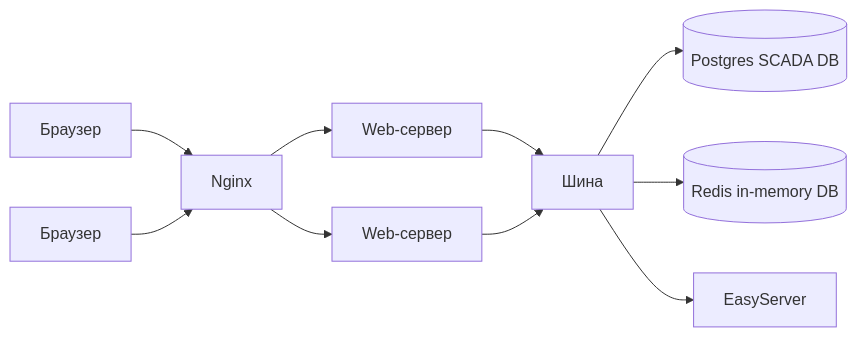
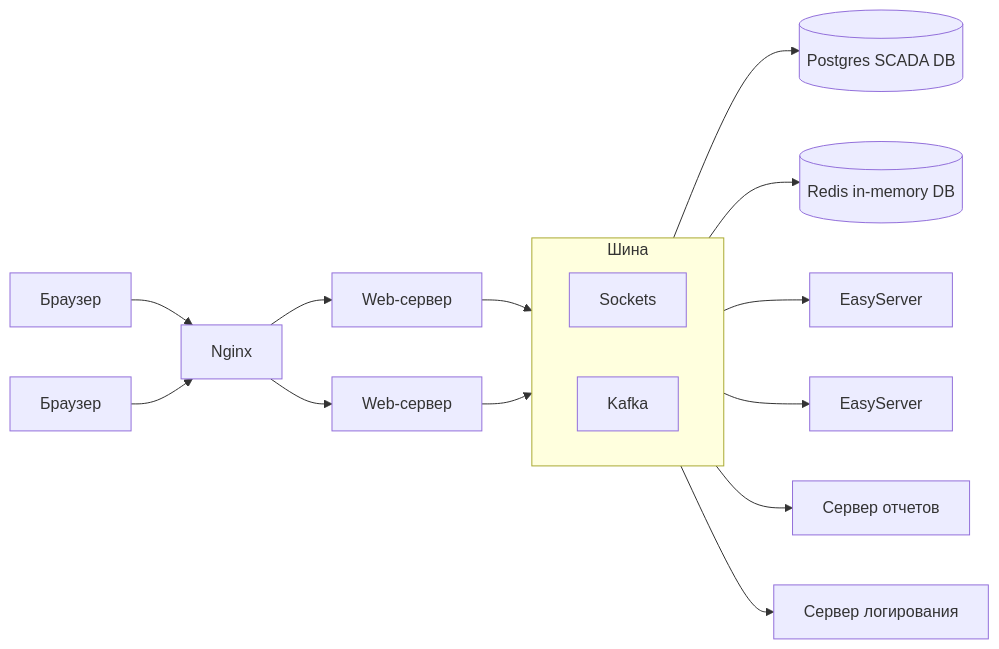
The diagram in README.md (savushkin-r-d/SHnAPCS), drawn with Mermaid before and after one commit.

````diff
--- a/README.md
+++ b/README.md
@@ -12,15 +12,23 @@
 ```mermaid
 flowchart LR
   B1[Браузер] --> N[Nginx]
   B2[Браузер] --> N
   N --> A1[Web-сервер]
   N --> A2[Web-сервер]
-  A1 --> C[Шина]
-  A2 --> C  
-  C --> P[(Postgres SCADA DB)]
-  C --> R[(Redis in-memory DB)]
-  C --> E[EasyServer]
-  
+  A1 --> Шина
+  A2 --> Шина
+  Шина --> P[(Postgres SCADA DB)]
+  Шина --> R[(Redis in-memory DB)]
+  Шина --> E1[EasyServer]
+  Шина --> E2[EasyServer]
+  Шина --> O[Сервер отчетов]
+  Шина --> L[Сервер логирования]
+
+subgraph Шина
+  direction LR
+  S[Sockets]
+  K[Kafka]
+end
 
 
 ```
````
